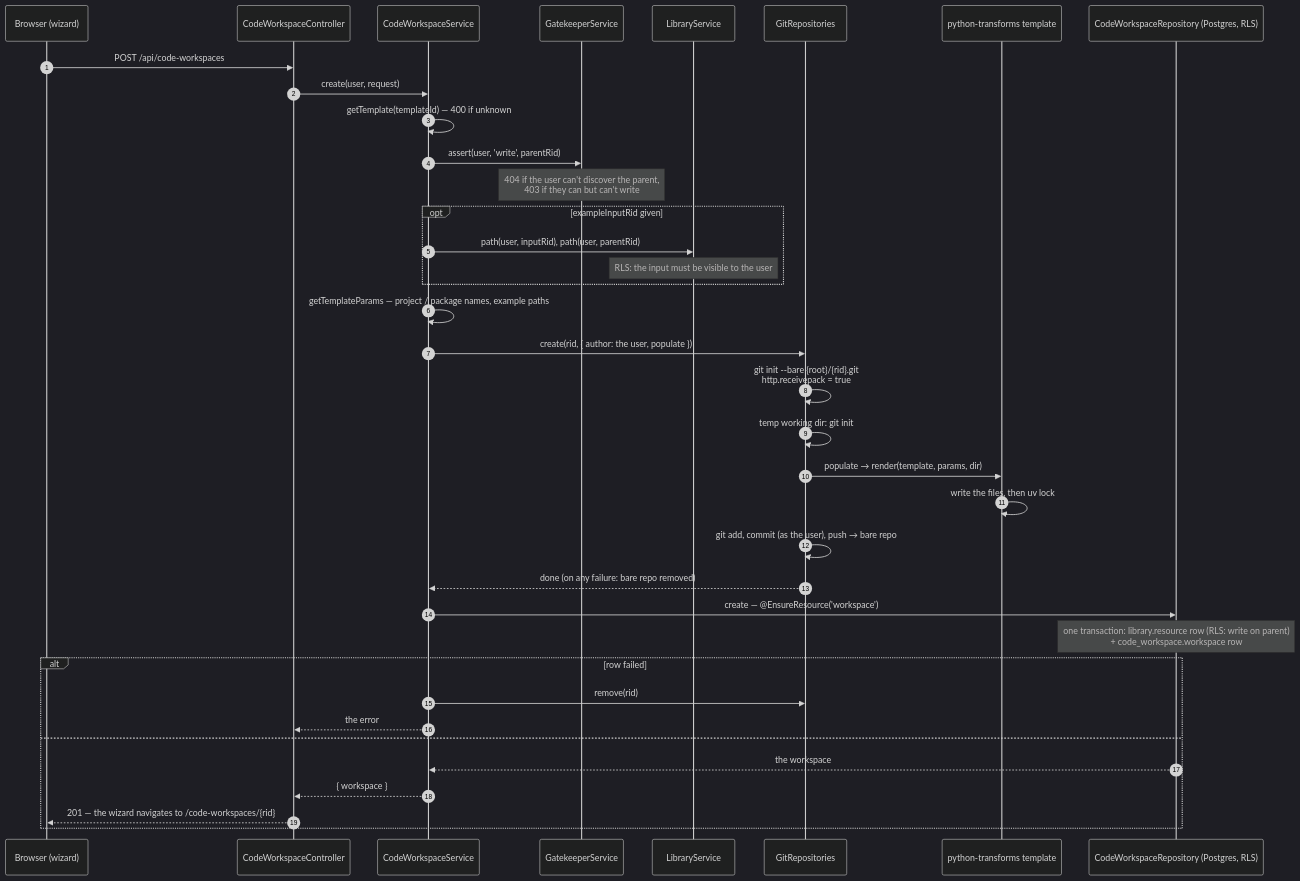
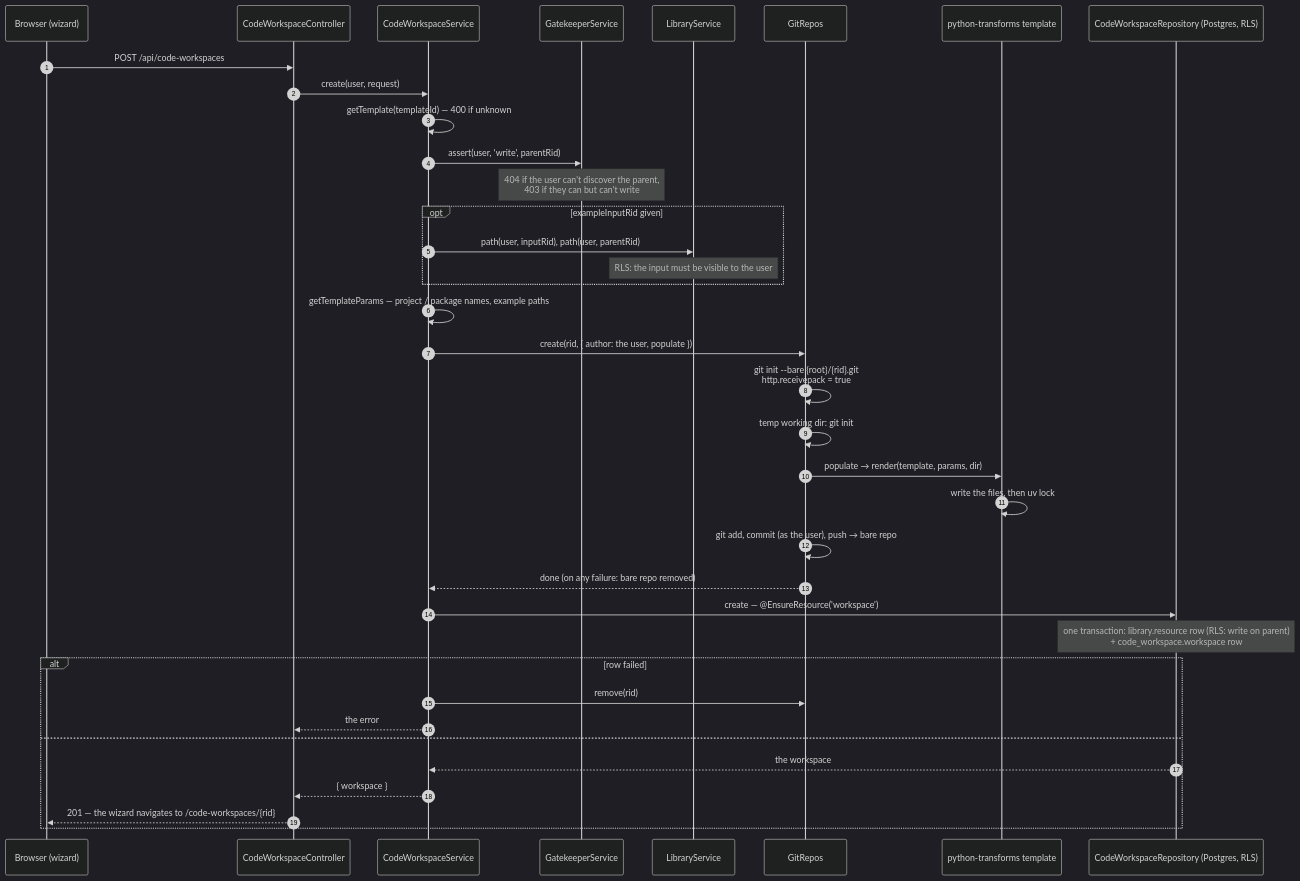
Before and after one commit to RolandTeslaru/Quarry: the diagram in docs/design/code-workspaces/creating.md, drawn with Mermaid (dark theme). The commit also changed 53 other files, not shown here.

````diff
--- a/docs/design/code-workspaces/creating.md
+++ b/docs/design/code-workspaces/creating.md
@@ -19,40 +19,40 @@
 ```mermaid
 sequenceDiagram
     autonumber
     participant B as Browser (wizard)
     participant C as CodeWorkspaceController
     participant S as CodeWorkspaceService
     participant G as GatekeeperService
     participant L as LibraryService
-    participant R as GitRepositories
+    participant R as GitRepos
     participant T as python-transforms template
     participant DB as CodeWorkspaceRepository (Postgres, RLS)
 
     B->>C: POST /api/code-workspaces
     C->>S: create(user, request)
     S->>S: getTemplate(templateId) — 400 if unknown
     S->>G: assert(user, 'write', parentRid)
     Note over G: 404 if the user can't discover the parent,<br/>403 if they can but can't write
     opt exampleInputRid given
         S->>L: path(user, inputRid), path(user, parentRid)
         Note over L: RLS: the input must be visible to the user
     end
     S->>S: getTemplateParams — project / package names, example paths
     S->>R: create(rid, { author: the user, populate })
     R->>R: git init --bare {root}/{rid}.git<br/>http.receivepack = true
     R->>R: temp working dir: git init
     R->>T: populate → render(template, params, dir)
     T->>T: write the files, then uv lock
     R->>R: git add, commit (as the user), push → bare repo
     R-->>S: done (on any failure: bare repo removed)
     S->>DB: create — @EnsureResource('workspace')
     Note over DB: one transaction: library.resource row (RLS: write on parent)<br/>+ code_workspace.workspace row
     alt row failed
         S->>R: remove(rid)
         S-->>C: the error
     else
         DB-->>S: the workspace
         S-->>C: { workspace }
         C-->>B: 201 — the wizard navigates to /code-workspaces/{rid}
     end
 ```
````
